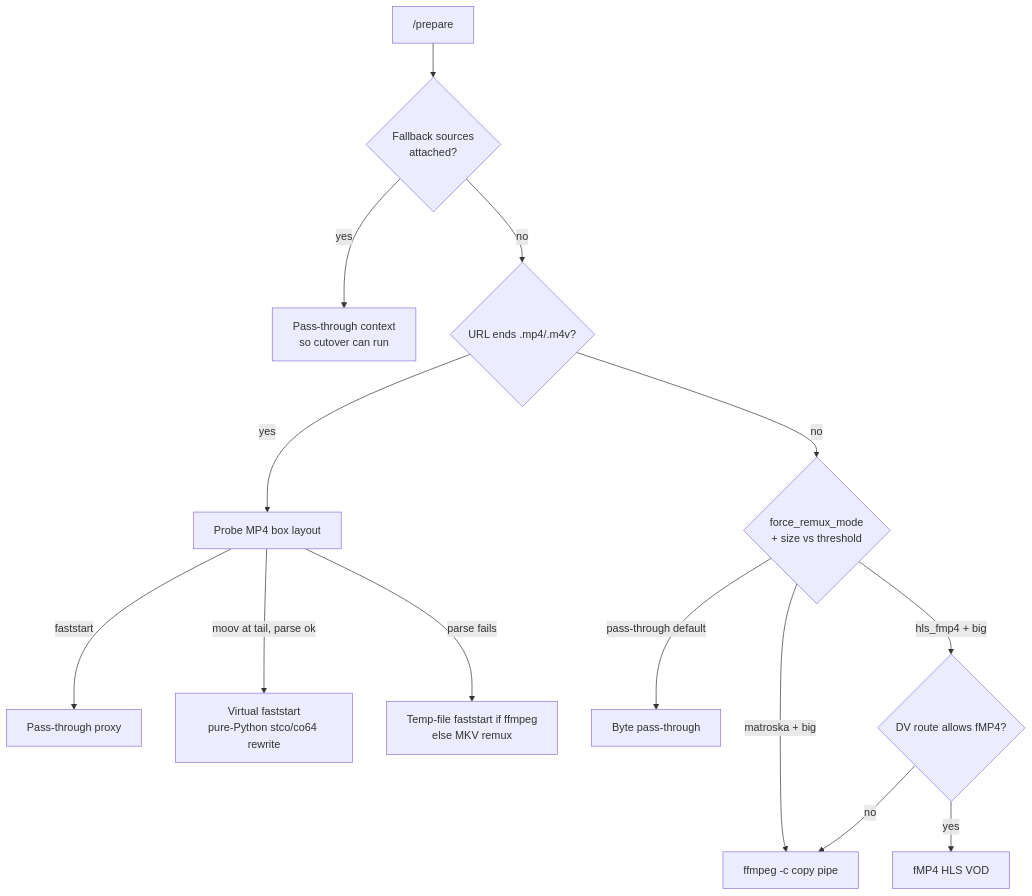
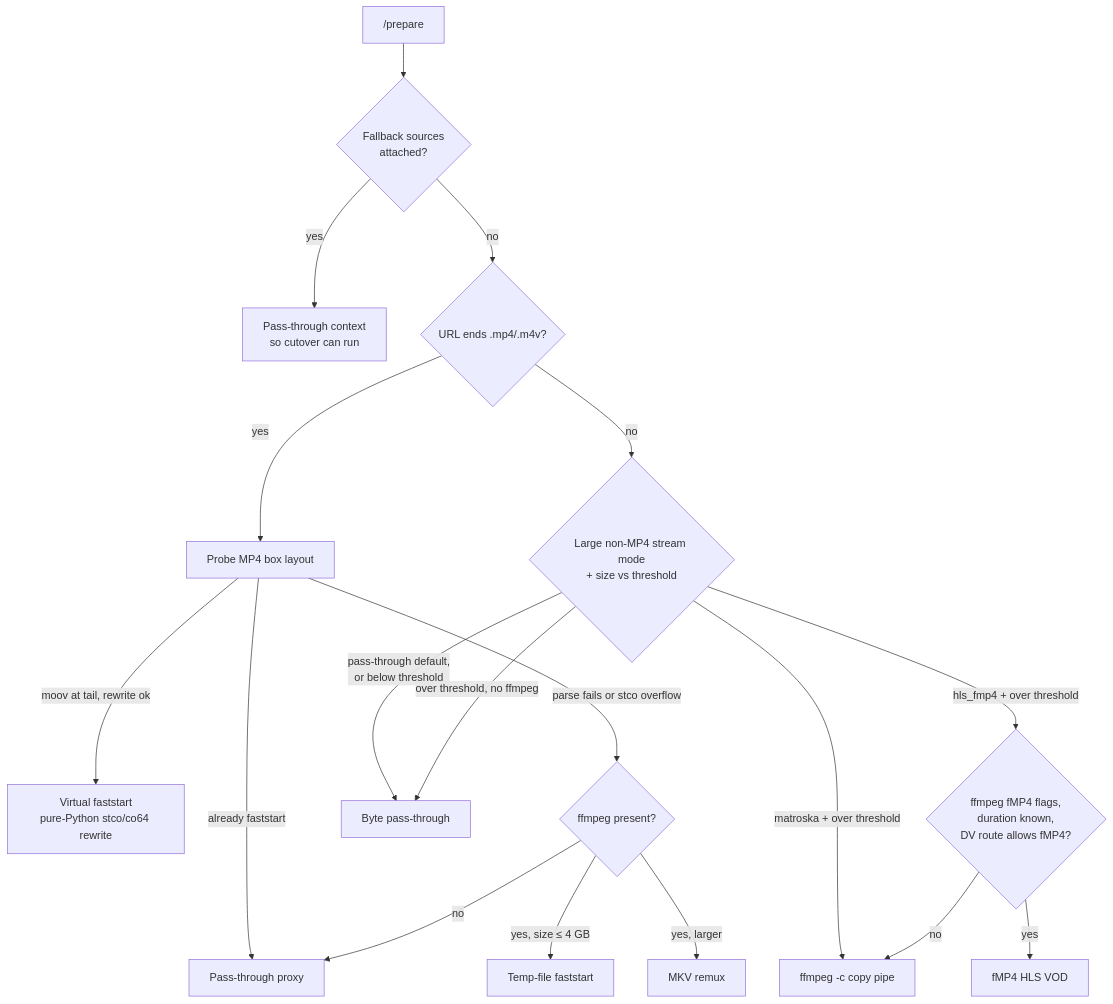
Before and after one commit to Appz4Fun/nzbdavkodi: the second of 2 diagrams in docs-site/how-it-works/stream-proxy.md, drawn with Mermaid. The commit also changed other lines of this file and 38 other files, not shown here.

````diff
--- a/docs-site/how-it-works/stream-proxy.md
+++ b/docs-site/how-it-works/stream-proxy.md
@@ -53,16 +54,20 @@
 ```mermaid
 flowchart TD
     P["/prepare"] --> FB{Fallback sources<br/>attached?}
     FB -->|yes| PT[Pass-through context<br/>so cutover can run]
     FB -->|no| MP4{URL ends .mp4/.m4v?}
     MP4 -->|yes| L[Probe MP4 box layout]
-    MP4 -->|no| DEF{force_remux_mode<br/>+ size vs threshold}
-    L -->|faststart| PTM[Pass-through proxy]
-    L -->|moov at tail, parse ok| VF[Virtual faststart<br/>pure-Python stco/co64 rewrite]
-    L -->|parse fails| TF[Temp-file faststart if ffmpeg<br/>else MKV remux]
-    DEF -->|pass-through default| PT2[Byte pass-through]
-    DEF -->|matroska + big| MK[ffmpeg -c copy pipe]
-    DEF -->|hls_fmp4 + big| DV{DV route allows fMP4?}
+    MP4 -->|no| DEF{Large non-MP4 stream mode<br/>+ size vs threshold}
+    L -->|already faststart| PTM[Pass-through proxy]
+    L -->|moov at tail, rewrite ok| VF[Virtual faststart<br/>pure-Python stco/co64 rewrite]
+    L -->|parse fails or stco overflow| TF{ffmpeg present?}
+    TF -->|yes, size ≤ 4 GB| TMP[Temp-file faststart]
+    TF -->|yes, larger| MKR[MKV remux]
+    TF -->|no| PTM
+    DEF -->|pass-through default,<br/>or below threshold| PT2[Byte pass-through]
+    DEF -->|over threshold, no ffmpeg| PT2
+    DEF -->|matroska + over threshold| MK[ffmpeg -c copy pipe]
+    DEF -->|hls_fmp4 + over threshold| DV{ffmpeg fMP4 flags,<br/>duration known,<br/>DV route allows fMP4?}
     DV -->|yes| HLS[fMP4 HLS VOD]
     DV -->|no| MK
 ```
````
